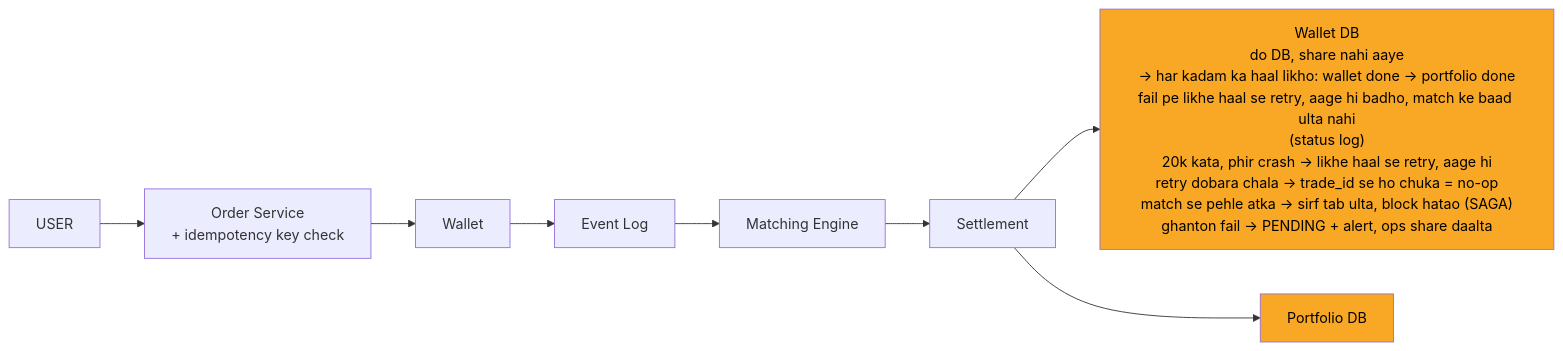
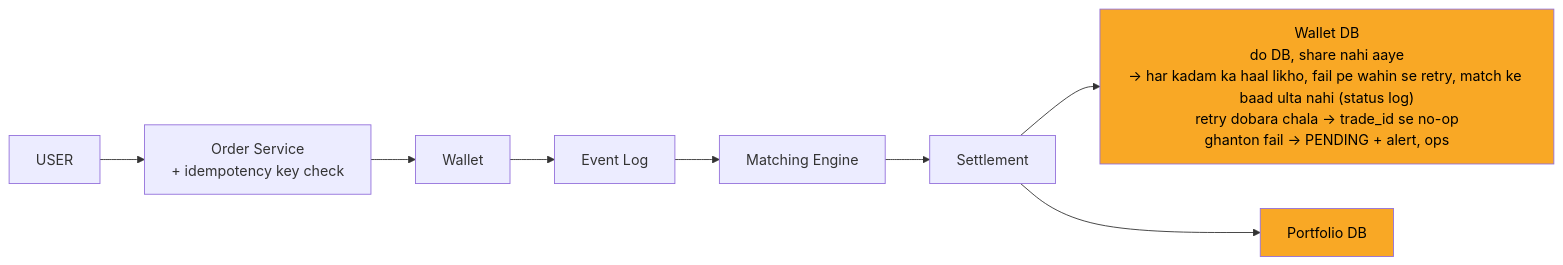
One commit to ArpanMaheshwari144/Prep changed the diagram in 04_HLD/SYSTEM_DESIGNS/05_stock_broker_trading/img/c7.mmd. Above: the diagram before and after it, drawn with Mermaid. The commit also changed 39 other files, not shown here.

```diff
--- a/04_HLD/SYSTEM_DESIGNS/05_stock_broker_trading/img/c7.mmd
+++ b/04_HLD/SYSTEM_DESIGNS/05_stock_broker_trading/img/c7.mmd
@@ -1,19 +1,19 @@
 %%{init: {"flowchart": {"wrappingWidth": 450}}}%%
 flowchart LR
     n_USER["USER"]
     n_Order_Service["Order Service<br/>+ idempotency key check"]
     n_Wallet["Wallet"]
     n_Event_Log["Event Log"]
     n_Matching_Engine["Matching Engine"]
     n_Settlement["Settlement"]
-    n_Wallet_DB["Wallet DB<br/>do DB, share nahi aaye<br/>-> har kadam ka haal likho: wallet done -> portfolio done<br/>fail pe likhe haal se retry, aage hi badho, match ke baad ulta nahi<br/>(status log)<br/>20k kata, phir crash -> likhe haal se retry, aage hi<br/>retry dobara chala -> trade_id se ho chuka = no-op<br/>match se pehle atka -> sirf tab ulta, block hatao (SAGA)<br/>ghanton fail -> PENDING + alert, ops share daalta"]
+    n_Wallet_DB["Wallet DB<br/>do DB, share nahi aaye<br/>-> har kadam ka haal likho, fail pe wahin se retry, match ke baad ulta nahi (status log)<br/>retry dobara chala -> trade_id se no-op<br/>ghanton fail -> PENDING + alert, ops"]
     n_Portfolio_DB["Portfolio DB"]
     n_USER --> n_Order_Service
     n_Order_Service --> n_Wallet
     n_Wallet --> n_Event_Log
     n_Event_Log --> n_Matching_Engine
     n_Matching_Engine --> n_Settlement
     n_Settlement --> n_Wallet_DB
     n_Settlement --> n_Portfolio_DB
     style n_Wallet_DB fill:#f9a825,color:#000
     style n_Portfolio_DB fill:#f9a825,color:#000
```
